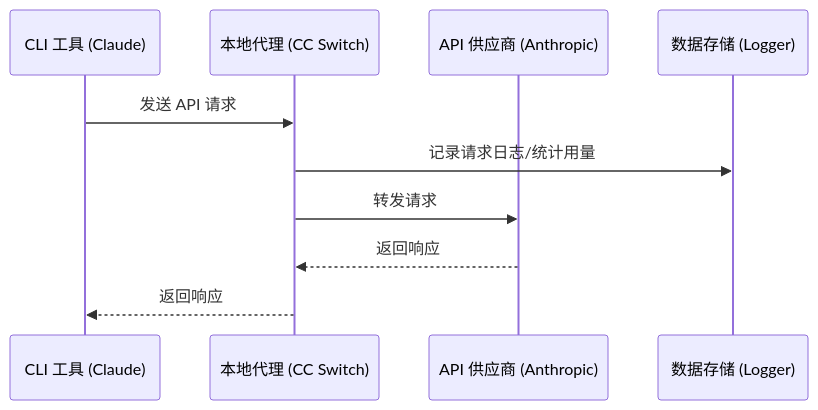
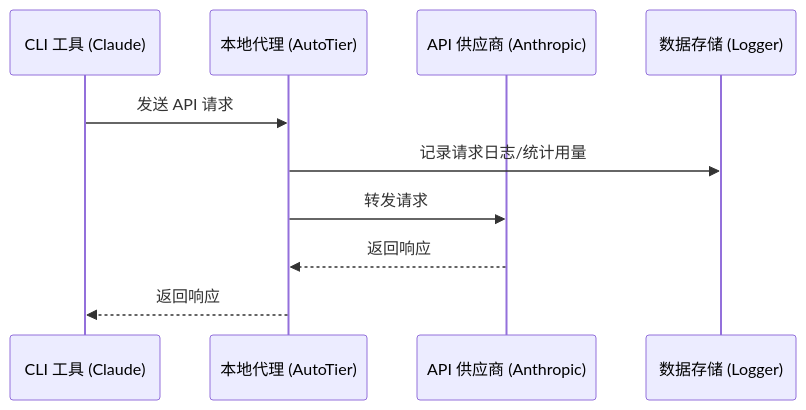
One commit to Ezero23/autotier changed the diagram in docs/user-manual/zh/4-proxy/4.1-service.md. Above: the diagram before and after it, drawn with Mermaid. The commit also changed other lines of this file and 80 other files, not shown here.

Commit message:
docs: align AutoTier manuals and release guidance

````diff
--- a/docs/user-manual/zh/4-proxy/4.1-service.md
+++ b/docs/user-manual/zh/4-proxy/4.1-service.md
@@ -116,13 +116,13 @@
 ```mermaid
 sequenceDiagram
     participant CLI as CLI 工具 (Claude)
-    participant Proxy as 本地代理 (CC Switch)
+    participant Proxy as 本地代理 (AutoTier)
     participant API as API 供应商 (Anthropic)
     participant DB as 数据存储 (Logger)
 
     CLI->>Proxy: 发送 API 请求
     Proxy->>DB: 记录请求日志/统计用量
     Proxy->>API: 转发请求
     API-->>Proxy: 返回响应
     Proxy-->>CLI: 返回响应
 ```
````
